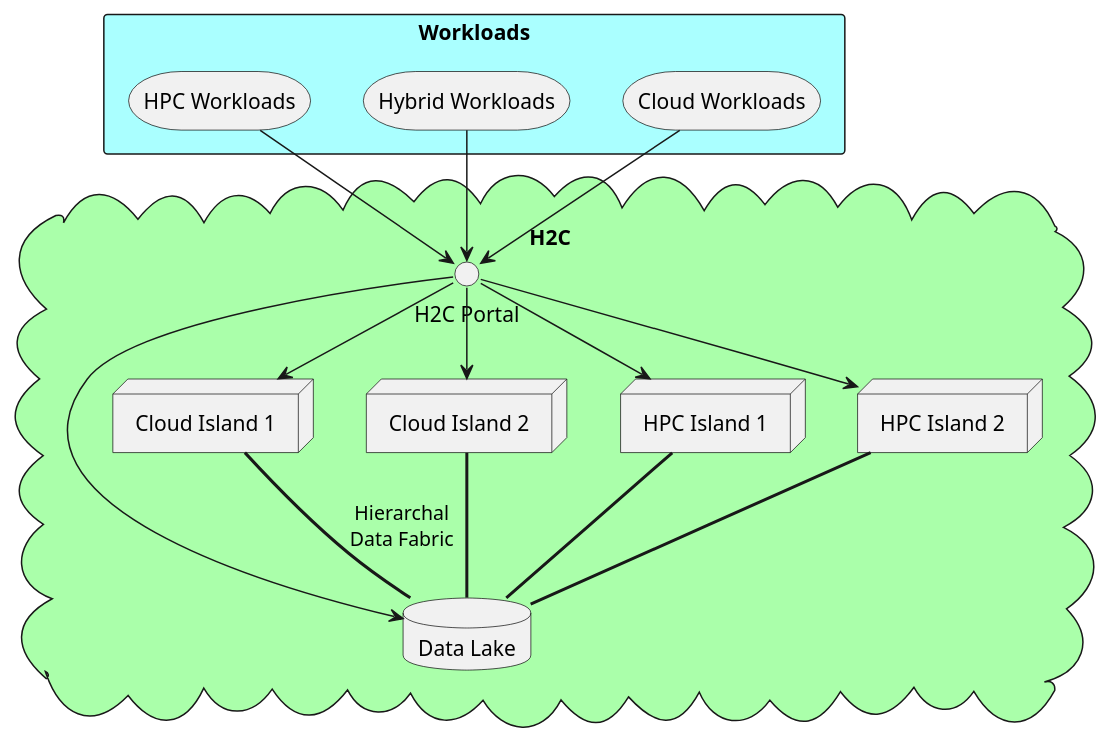
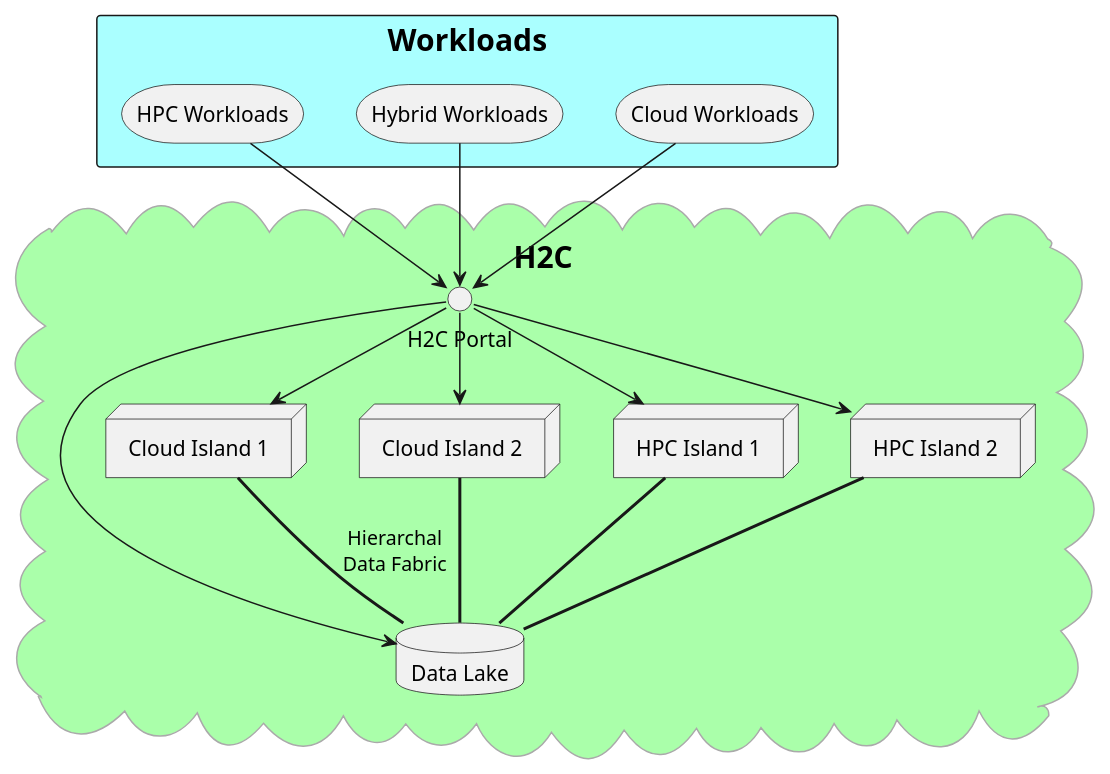
The diagram in docs/Solution/Deployment.puml (CAADE/H2C), drawn with PlantUML before and after one commit. The commit also changed 4 other files, not shown here.

```diff
--- a/docs/Solution/Deployment.puml
+++ b/docs/Solution/Deployment.puml
@@ -1,32 +1,36 @@
 @startuml
+
+skinparam rectangleFontSize 20
+skinparam CloudFontSize 20
+skinparam CloudBorderColor #aaaaaa
 
 cloud H2C  #aaffaa {
   interface "H2C Portal" as CP
   database "Data Lake" as DL
   node "Cloud Island 1" as CI1
   node "Cloud Island 2" as CI2
   node "HPC Island 1" as HI1
   node "HPC Island 2" as HI2
 
 }
 
 rectangle Workloads #aaffff {
   storage "HPC Workloads" as HPCW
   storage "Hybrid Workloads" as HW
   storage "Cloud Workloads" as CW
 }
 
 HPCW --> CP
 HW --> CP
 CW --> CP
 
 CP -> DL
 CP --> CI1
 CP --> CI2
 CP --> HI1
 CP --> HI2
 CI1 == DL : Hierarchal\nData Fabric
 CI2 == DL
 HI1 == DL
 HI2 == DL
 @enduml
```
